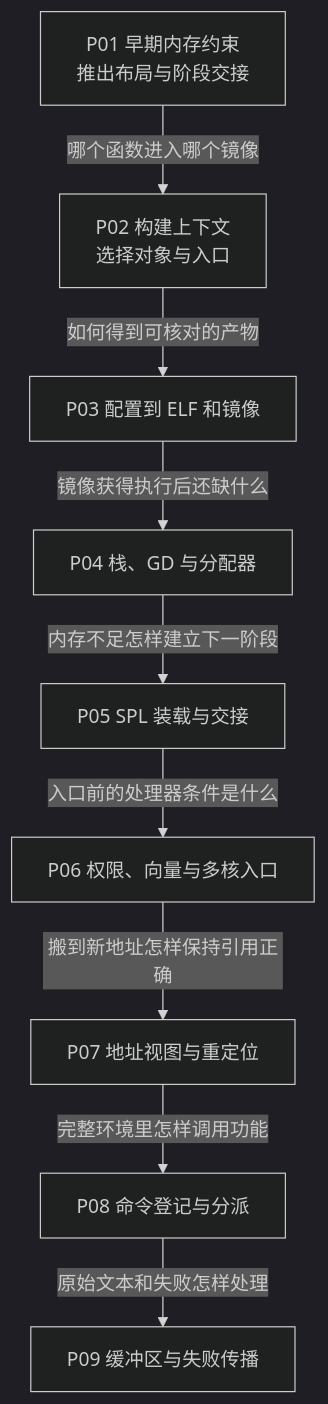
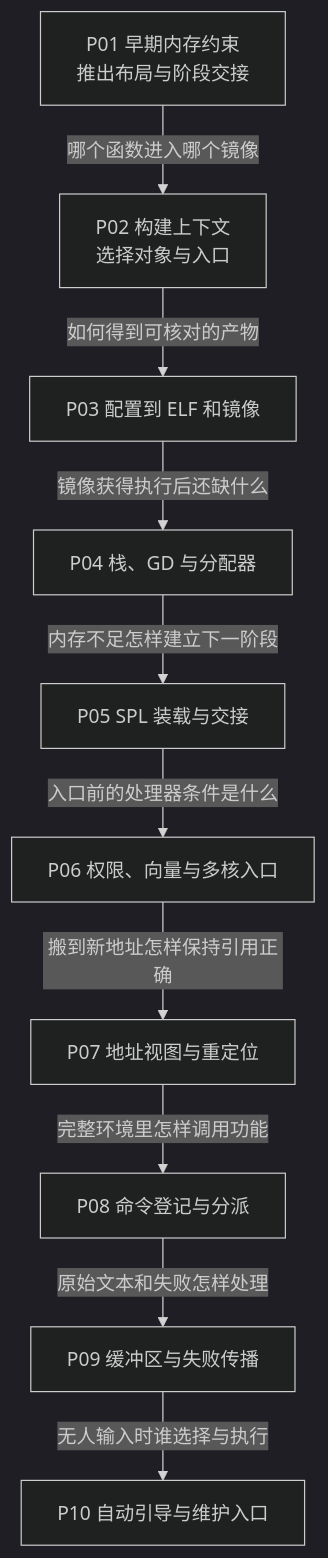
One commit to FormingSystem/linux_note changed the diagram in knowledge/system_software/uboot/大纲.md. Above: the diagram before and after it, drawn with Mermaid (dark theme). The commit also changed other lines of this file and 11 other files, not shown here.

````diff
--- a/knowledge/system_software/uboot/大纲.md
+++ b/knowledge/system_software/uboot/大纲.md
@@ -21,11 +21,12 @@
 ```mermaid
 flowchart TD
     A["P01 早期内存约束<br/>推出布局与阶段交接"] -->|哪个函数进入哪个镜像| B["P02 构建上下文<br/>选择对象与入口"]
     B -->|如何得到可核对的产物| C["P03 配置到 ELF 和镜像"]
     C -->|镜像获得执行后还缺什么| D["P04 栈、GD 与分配器"]
     D -->|内存不足怎样建立下一阶段| E["P05 SPL 装载与交接"]
     E -->|入口前的处理器条件是什么| F["P06 权限、向量与多核入口"]
     F -->|搬到新地址怎样保持引用正确| G["P07 地址视图与重定位"]
     G -->|完整环境里怎样调用功能| H["P08 命令登记与分派"]
     H -->|原始文本和失败怎样处理| I["P09 缓冲区与失败传播"]
+    I -->|无人输入时谁选择与执行| J["P10 自动引导与维护入口"]
 ```
````
